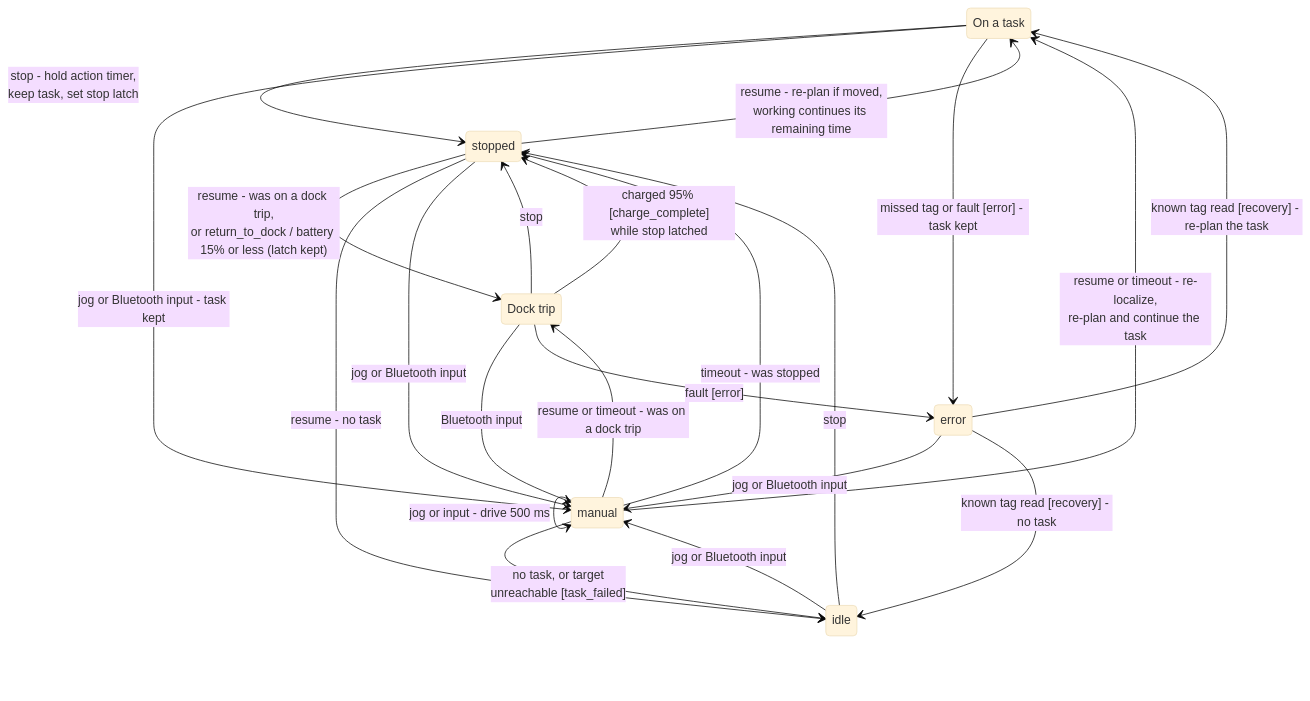
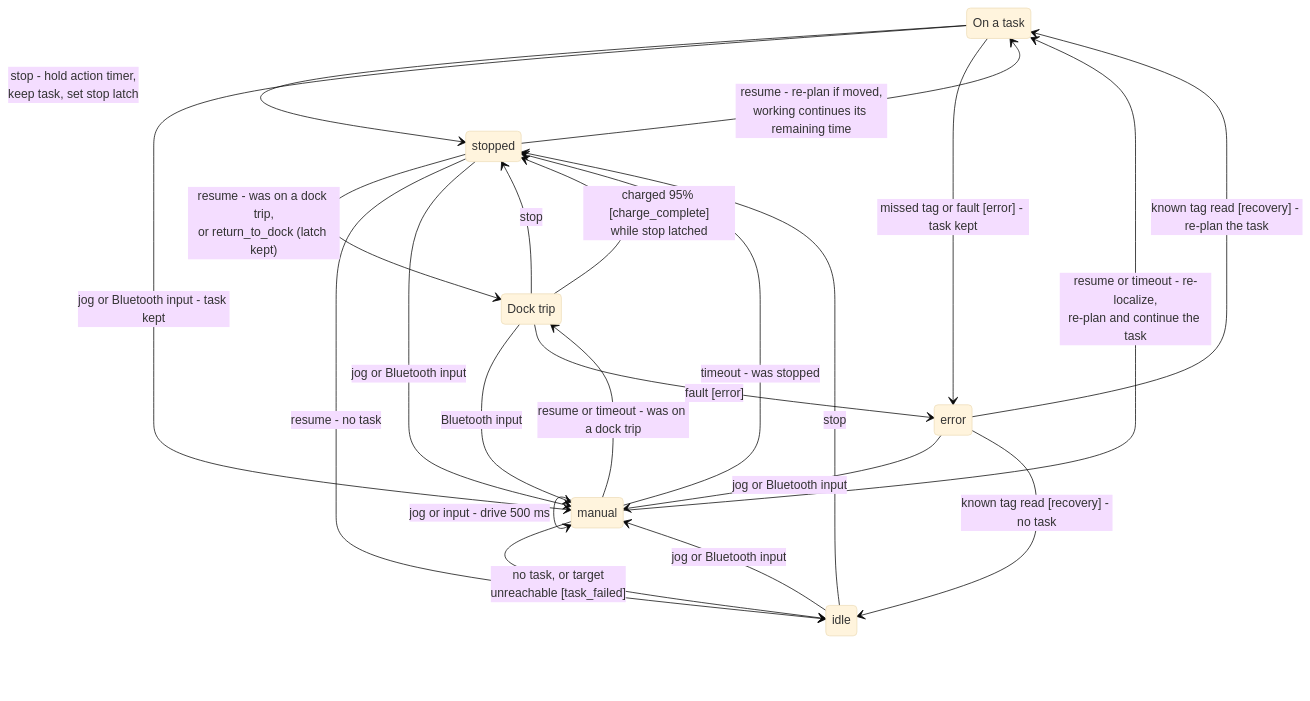
One commit to Ca1eb9/verdant-os changed the second of 2 diagrams in firmware/esp32/docs/state-machine.md. Above: the diagram before and after it, drawn with Mermaid (base theme). The commit also changed other lines of this file and 5 other files, not shown here.

````diff
--- a/firmware/esp32/docs/state-machine.md
+++ b/firmware/esp32/docs/state-machine.md
@@ -44,29 +44,29 @@
 ```mermaid
 stateDiagram-v2
     state "On a task" as OnTask
     state "Dock trip" as DockTrip
 
     idle --> stopped : stop
     OnTask --> stopped : stop - hold action timer,<br/>keep task, set stop latch
     DockTrip --> stopped : stop
     stopped --> OnTask : resume - re-plan if moved,<br/>working continues its remaining time
-    stopped --> DockTrip : resume - was on a dock trip,<br/>or return_to_dock / battery 15% or less (latch kept)
+    stopped --> DockTrip : resume - was on a dock trip,<br/>or return_to_dock (latch kept)
     stopped --> idle : resume - no task
     DockTrip --> stopped : charged 95% [charge_complete]<br/>while stop latched
 
     idle --> manual : jog or Bluetooth input
     OnTask --> manual : jog or Bluetooth input - task kept
     stopped --> manual : jog or Bluetooth input
     error --> manual : jog or Bluetooth input
     DockTrip --> manual : Bluetooth input
     manual --> manual : jog or input - drive 500 ms
     manual --> OnTask : resume or timeout - re-localize,<br/>re-plan and continue the task
     manual --> DockTrip : resume or timeout - was on a dock trip
     manual --> stopped : timeout - was stopped
     manual --> idle : no task, or target<br/>unreachable [task_failed]
 
     OnTask --> error : missed tag or fault [error] - task kept
     DockTrip --> error : fault [error]
     error --> OnTask : known tag read [recovery] - re-plan the task
     error --> idle : known tag read [recovery] - no task
 ```
````
